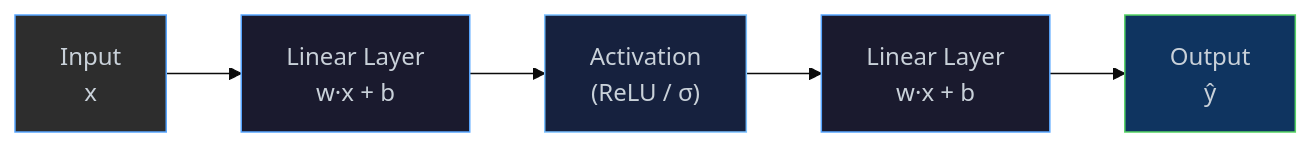
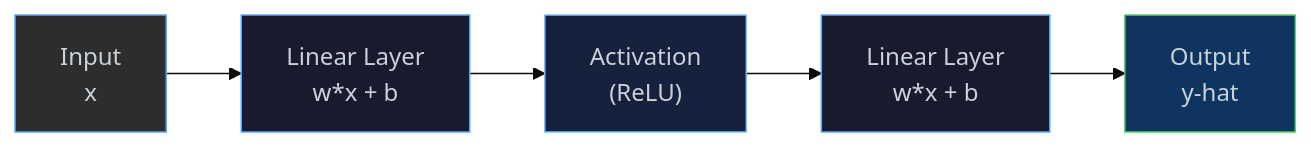
One commit to lewismj/eta changed the first of 5 diagrams in docs/torch.md. Above: the diagram before and after it, drawn with Mermaid (base theme). The commit also changed other lines of this file, not shown here.

````diff
--- a/docs/torch.md
+++ b/docs/torch.md
@@ -36,13 +36,13 @@
 ```mermaid
 flowchart LR
-    X["Input\nx"] --> L1["Linear Layer\nw·x + b"]
-    L1 --> A1["Activation\n(ReLU / σ)"]
-    A1 --> L2["Linear Layer\nw·x + b"]
-    L2 --> Y["Output\nŷ"]
+    X["Input\nx"] --> L1["Linear Layer\nw*x + b"]
+    L1 --> A1["Activation\n(ReLU)"]
+    A1 --> L2["Linear Layer\nw*x + b"]
+    L2 --> Y["Output\ny-hat"]
 
     style X  fill:#2d2d2d,stroke:#58a6ff,color:#c9d1d9
     style L1 fill:#1a1a2e,stroke:#58a6ff,color:#c9d1d9
     style A1 fill:#16213e,stroke:#79c0ff,color:#c9d1d9
     style L2 fill:#1a1a2e,stroke:#58a6ff,color:#c9d1d9
     style Y  fill:#0f3460,stroke:#56d364,color:#c9d1d9
 ```
````
